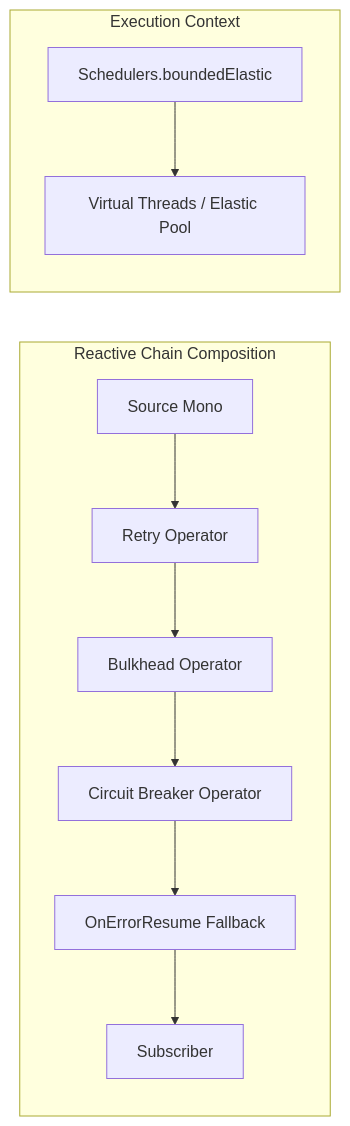
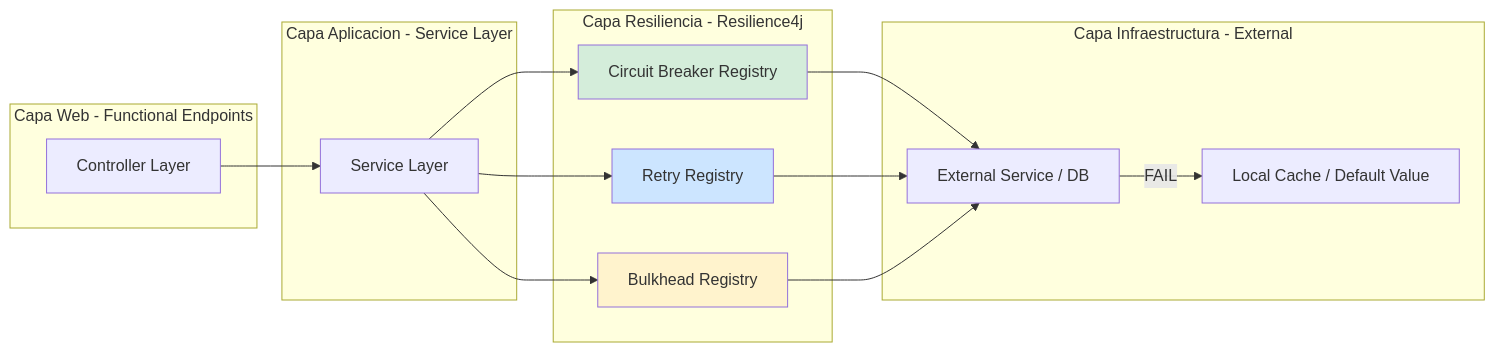
One commit to Joaquinriosheredia/DAM-Java-Mastery changed the second of 3 diagrams in 03_Spring_Ecosystem/resilience4j_circuit_breaker_retry_bulkhead_spring_boot_3_STAFF.md. Above: the diagram before and after it, drawn with Mermaid. The commit also changed other lines of this file, not shown here.

Commit message:
resilience4j_circuit_breaker_retry_bulkhead_spring_boot_3_STAFF.md

````diff
--- a/03_Spring_Ecosystem/resilience4j_circuit_breaker_retry_bulkhead_spring_boot_3_STAFF.md
+++ b/03_Spring_Ecosystem/resilience4j_circuit_breaker_retry_bulkhead_spring_boot_3_STAFF.md
@@ -324,14 +195,34 @@
 ```mermaid
 graph LR
-    subgraph "Reactive Chain Composition"
-        SRC[Source Mono] --> RET[Retry Operator]
-        RET --> BH[Bulkhead Operator]
-        BH --> CB[Circuit Breaker Operator]
-        CB --> ERR[OnErrorResume Fallback]
-        ERR --> SUB[Subscriber]
+    subgraph "Capa Web - Functional Endpoints"
+        CONT[Controller Layer]
     end
     
-    subgraph "Execution Context"
-        SCH[Schedulers.boundedElastic] --> EXEC[Virtual Threads / Elastic Pool]
+    subgraph "Capa Aplicacion - Service Layer"
+        SVC[Service Layer]
     end
+    
+    subgraph "Capa Resiliencia - Resilience4j"
+        CB[Circuit Breaker Registry]
+        RET[Retry Registry]
+        BH[Bulkhead Registry]
+    end
+    
+    subgraph "Capa Infraestructura - External"
+        EXT[External Service / DB]
+        FALLBACK[Local Cache / Default Value]
+    end
+    
+    CONT --> SVC
+    SVC --> CB
+    SVC --> RET
+    SVC --> BH
+    CB --> EXT
+    RET --> EXT
+    BH --> EXT
+    EXT -->|FAIL| FALLBACK
+    
+    style CB fill:#d4edda
+    style RET fill:#cce5ff
+    style BH fill:#fff3cd
 ```
````
